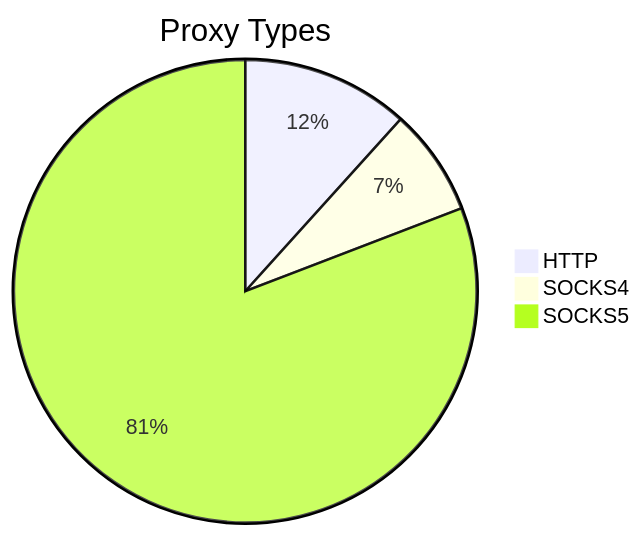
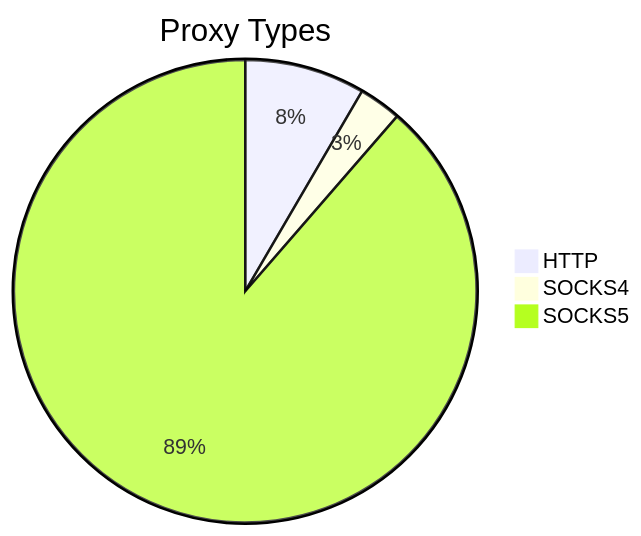
Before and after one commit to stormsia/proxy-list: the first of 2 diagrams in README.md, drawn with Mermaid. The commit also changed other lines of this file, not shown here.

````diff
--- a/README.md
+++ b/README.md
@@ -21,6 +21,6 @@
 ```mermaid
 pie title Proxy Types
-    "HTTP" : 211
-    "SOCKS4" : 135
-    "SOCKS5" : 1459
+    "HTTP" : 136
+    "SOCKS4" : 48
+    "SOCKS5" : 1433
 ```
````
